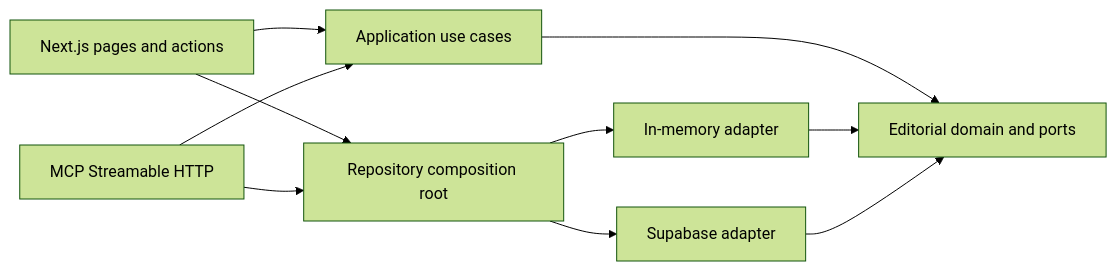
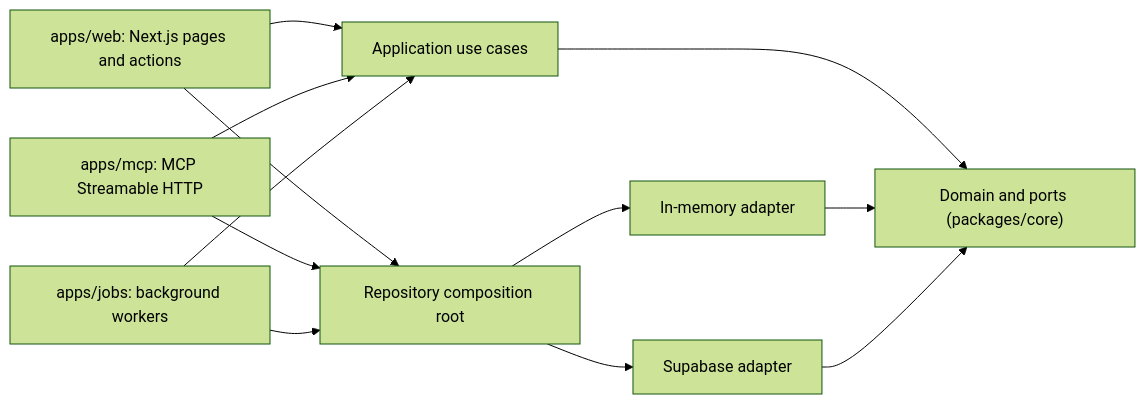
The diagram in docs/ARCHITECTURE.md (giulioleone097/ai-news-platform), drawn with Mermaid (forest theme) before and after one commit. The commit also changed other lines of this file and 514 other files, not shown here.

First line of the commit message:
Split the app into workspace packages and apps

````diff
--- a/docs/ARCHITECTURE.md
+++ b/docs/ARCHITECTURE.md
@@ -7,12 +7,14 @@
 ```mermaid
 flowchart LR
-  Web["Next.js pages and actions"] --> App["Application use cases"]
-  MCP["MCP Streamable HTTP"] --> App
-  App --> Domain["Editorial domain and ports"]
+  Web["apps/web: Next.js pages and actions"] --> App["Application use cases"]
+  MCP["apps/mcp: MCP Streamable HTTP"] --> App
+  Jobs["apps/jobs: background workers"] --> App
+  App --> Domain["Domain and ports (packages/core)"]
   Memory["In-memory adapter"] --> Domain
   Supabase["Supabase adapter"] --> Domain
   Composition["Repository composition root"] --> Memory
   Composition --> Supabase
   Web --> Composition
   MCP --> Composition
+  Jobs --> Composition
 ```
````
